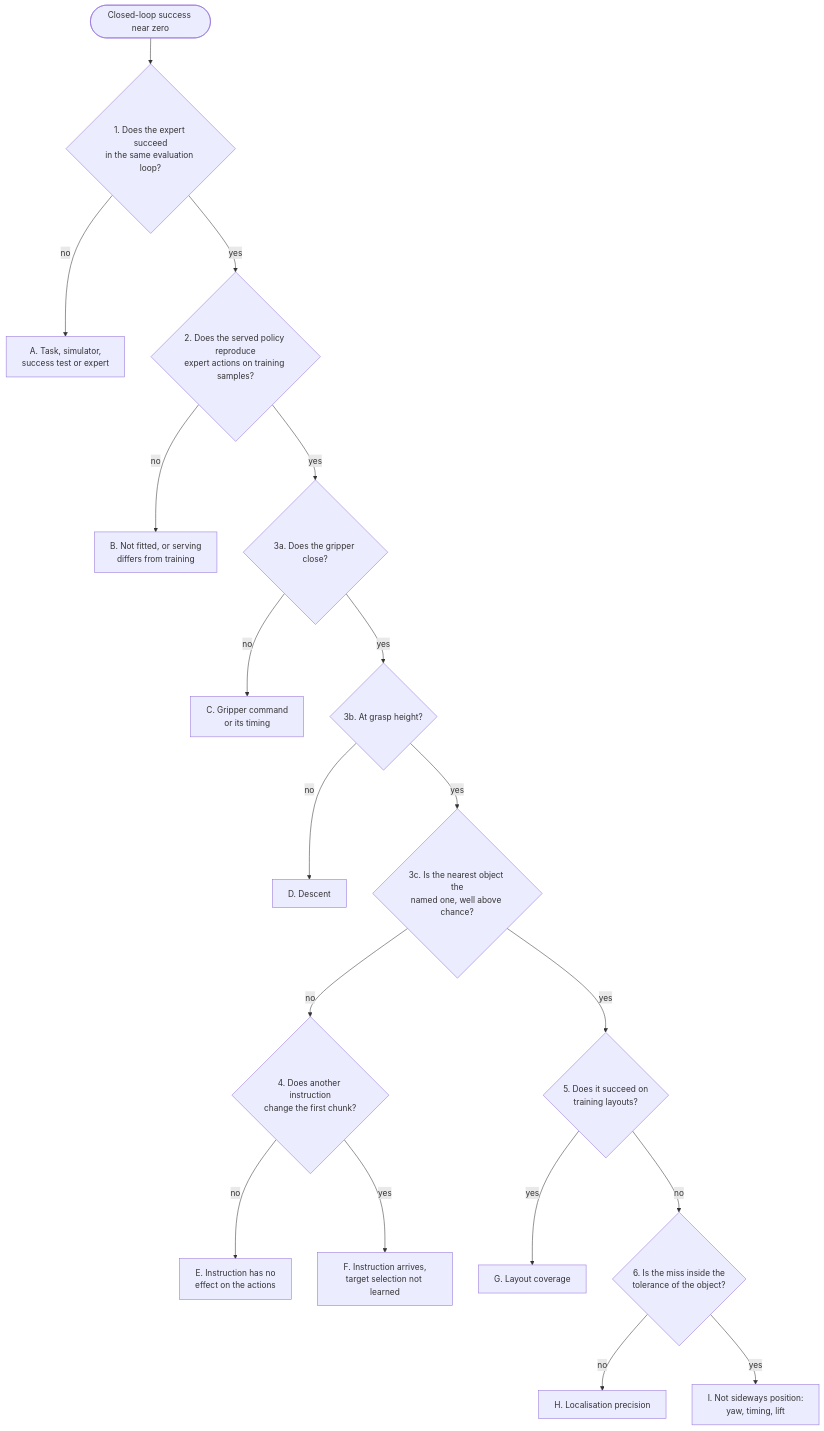
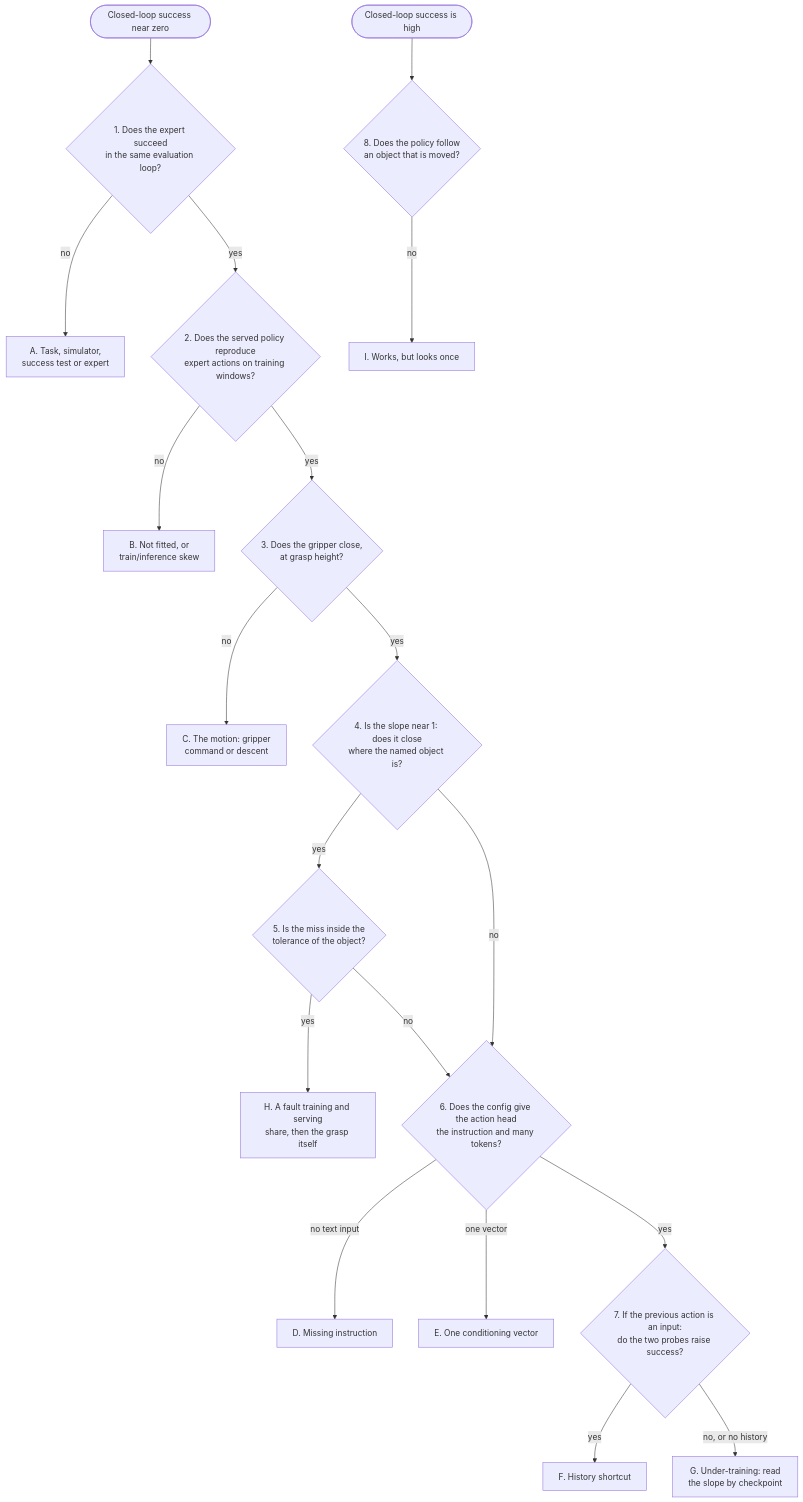
The diagram in content/chapters/94-debugging-flowchart.md (arianizadi/vla-from-scratch-site), drawn with Mermaid before and after one commit. The commit also changed other lines of this file and 479 other files, not shown here.

````diff
--- a/content/chapters/94-debugging-flowchart.md
+++ b/content/chapters/94-debugging-flowchart.md
@@ -59,20 +60,21 @@
 ```mermaid
 flowchart TD
     S(["Closed-loop success near zero"]) --> Q1{"1. Does the expert succeed<br/>in the same evaluation loop?"}
     Q1 -- no --> A["A. Task, simulator,<br/>success test or expert"]
-    Q1 -- yes --> Q2{"2. Does the served policy reproduce<br/>expert actions on training samples?"}
-    Q2 -- no --> B["B. Not fitted, or serving<br/>differs from training"]
-    Q2 -- yes --> Q3a{"3a. Does the gripper close?"}
-    Q3a -- no --> C["C. Gripper command<br/>or its timing"]
-    Q3a -- yes --> Q3b{"3b. At grasp height?"}
-    Q3b -- no --> D["D. Descent"]
-    Q3b -- yes --> Q3c{"3c. Is the nearest object the<br/>named one, well above chance?"}
-    Q3c -- no --> Q4{"4. Does another instruction<br/>change the first chunk?"}
-    Q4 -- no --> E["E. Instruction has no<br/>effect on the actions"]
-    Q4 -- yes --> F["F. Instruction arrives,<br/>target selection not learned"]
-    Q3c -- yes --> Q5{"5. Does it succeed on<br/>training layouts?"}
-    Q5 -- yes --> G["G. Layout coverage"]
-    Q5 -- no --> Q6{"6. Is the miss inside the<br/>tolerance of the object?"}
-    Q6 -- no --> H["H. Localisation precision"]
-    Q6 -- yes --> I["I. Not sideways position:<br/>yaw, timing, lift"]
+    Q1 -- yes --> Q2{"2. Does the served policy reproduce<br/>expert actions on training windows?"}
+    Q2 -- no --> B["B. Not fitted, or<br/>train/inference skew"]
+    Q2 -- yes --> Q3{"3. Does the gripper close,<br/>at grasp height?"}
+    Q3 -- no --> C["C. The motion: gripper<br/>command or descent"]
+    Q3 -- yes --> Q4{"4. Is the slope near 1: does it close<br/>where the named object is?"}
+    Q4 -- yes --> Q5{"5. Is the miss inside the<br/>tolerance of the object?"}
+    Q5 -- yes --> H["H. A fault training and serving<br/>share, then the grasp itself"]
+    Q4 -- no --> Q6{"6. Does the config give the action head<br/>the instruction and many tokens?"}
+    Q5 -- no --> Q6
+    Q6 -- "no text input" --> D["D. Missing instruction"]
+    Q6 -- "one vector" --> E["E. One conditioning vector"]
+    Q6 -- yes --> Q7{"7. If the previous action is an input:<br/>do the two probes raise success?"}
+    Q7 -- yes --> F["F. History shortcut"]
+    Q7 -- "no, or no history" --> G["G. Under-training: read<br/>the slope by checkpoint"]
+    T(["Closed-loop success is high"]) --> Q8{"8. Does the policy follow<br/>an object that is moved?"}
+    Q8 -- no --> I["I. Works, but looks once"]
 ```
````
